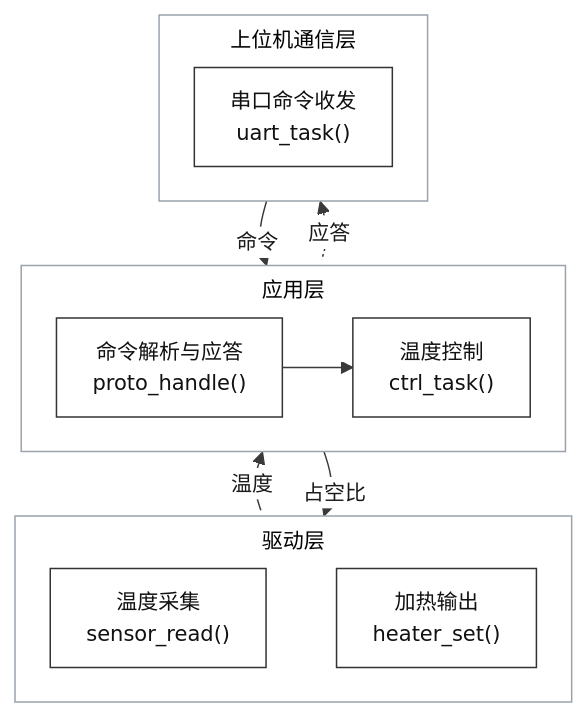
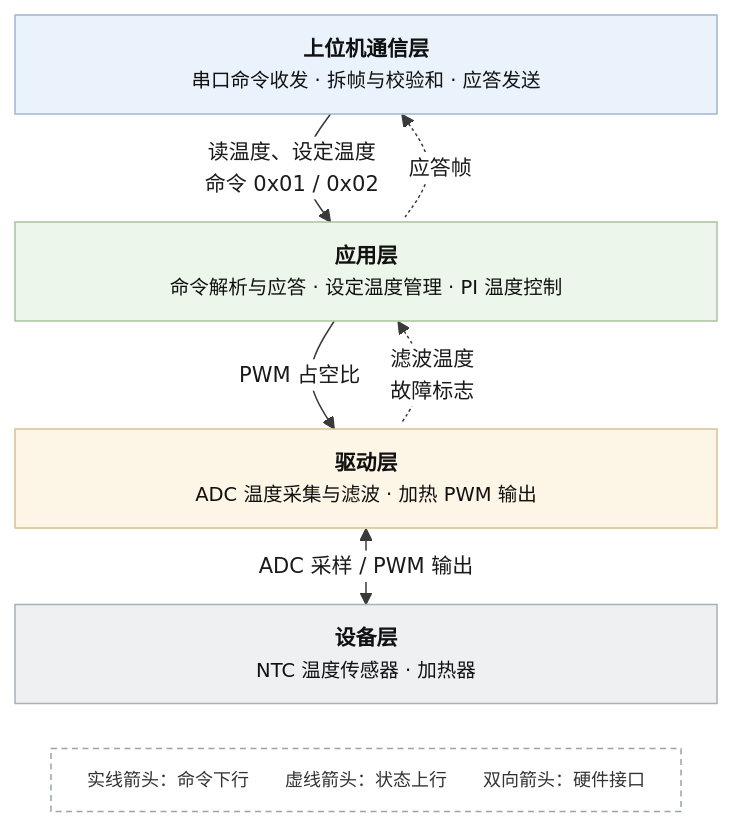
The diagram in skills/ruanzhu-docs/assets/example/flowcharts/00_软件总体结构.mmd (7toCR/code2ruanzhu), drawn with Mermaid before and after one commit. The commit also changed 50 other files, not shown here.

```diff
--- a/skills/ruanzhu-docs/assets/example/flowcharts/00_软件总体结构.mmd
+++ b/skills/ruanzhu-docs/assets/example/flowcharts/00_软件总体结构.mmd
@@ -1,49 +1,42 @@
 ---
 config:
   theme: base
-  fontFamily: "Microsoft YaHei, PingFang SC, Noto Sans CJK SC, sans-serif"
+  fontFamily: "Noto Sans CJK SC, Microsoft YaHei, PingFang SC, sans-serif"
   themeVariables:
     fontSize: 14px
     primaryColor: "#ffffff"
     primaryTextColor: "#1a1a1a"
     primaryBorderColor: "#333333"
     lineColor: "#3a3a3a"
-    clusterBorder: "#9aa3ad"
     edgeLabelBackground: "#ffffff"
   flowchart:
     useMaxWidth: false
     curve: basis
-    nodeSpacing: 26
-    rankSpacing: 22
+    nodeSpacing: 60
+    rankSpacing: 30
     padding: 12
-    subGraphTitleMargin:
-      top: 6
-      bottom: 6
+    wrappingWidth: 640
 ---
-%% 图 00 软件总体结构（主要代码依据：main.c、app/*.c、drv/*.c）
+%% 图 00 软件总体结构（主要代码依据：main.c、app/uart_proto.c、app/control.c、drv/sensor.c、drv/heater.c）
 flowchart TB
-  subgraph L1["上位机通信层"]
-    direction LR
-    U["串口命令收发<br/>uart_task()"]
-  end
-  subgraph L2["应用层"]
-    direction LR
-    P["命令解析与应答<br/>proto_handle()"] --> C["温度控制<br/>ctrl_task()"]
-  end
-  subgraph L3["驱动层"]
-    direction LR
-    S["温度采集<br/>sensor_read()"] ~~~ H["加热输出<br/>heater_set()"]
-  end
-  U -->|"命令"| P
-  U <-.->|"应答"| P
-  C <-->|"温度"| S
-  C -->|"占空比"| H
-  linkStyle 3,4 marker-end:none
-  classDef term fill:#e9edf2,stroke:#333,stroke-width:1.2px,color:#111
-  classDef proc fill:#ffffff,stroke:#333,stroke-width:1px,color:#111
-  classDef dec fill:#fffaf0,stroke:#333,stroke-width:1px,color:#111
-  classDef io fill:#eef4fb,stroke:#333,stroke-width:1px,color:#111
-  classDef sub fill:#f4f0fa,stroke:#333,stroke-width:1px,color:#111
-  classDef isr fill:#f4f0fa,stroke:#333,stroke-width:1.2px,color:#111
-  classDef join fill:#ffffff,stroke:#333,stroke-width:1px,color:#111,font-size:12px
-  class U,P,C,S,H proc
+  L1["<b>上位机通信层</b><br/><span style='display:inline-block;min-width:420px;font-size:13px'>串口命令收发 · 拆帧与校验和 · 应答发送</span>"]
+  L2["<b>应用层</b><br/><span style='display:inline-block;min-width:420px;font-size:13px'>命令解析与应答 · 设定温度管理 · PI 温度控制</span>"]
+  L3["<b>驱动层</b><br/><span style='display:inline-block;min-width:420px;font-size:13px'>ADC 温度采集与滤波 · 加热 PWM 输出</span>"]
+  L4["<b>设备层</b><br/><span style='display:inline-block;min-width:420px;font-size:13px'>NTC 温度传感器 · 加热器</span>"]
+  L1 -->|"读温度、设定温度<br/>命令 0x01 / 0x02"| L2
+  L1 <-.->|"应答帧"| L2
+  L2 -->|"PWM 占空比"| L3
+  L2 <-.->|"滤波温度<br/>故障标志"| L3
+  L3 <-->|"ADC 采样 / PWM 输出"| L4
+  L4 ~~~ LG["实线箭头：命令下行　　虚线箭头：状态上行　　双向箭头：硬件接口"]
+  linkStyle 1,3 marker-end:none
+  classDef b1 fill:#eaf2fb,stroke:#9fb6cf,stroke-width:1px,color:#111
+  classDef b2 fill:#edf6ea,stroke:#a8c3a0,stroke-width:1px,color:#111
+  classDef b3 fill:#fdf6e6,stroke:#d6c294,stroke-width:1px,color:#111
+  classDef b4 fill:#eef0f2,stroke:#a9b0b8,stroke-width:1px,color:#111
+  classDef lg fill:#ffffff,stroke:#9aa3ad,stroke-width:1px,stroke-dasharray:4 3,color:#333,font-size:12px
+  class L1 b1
+  class L2 b2
+  class L3 b3
+  class L4 b4
+  class LG lg
```
